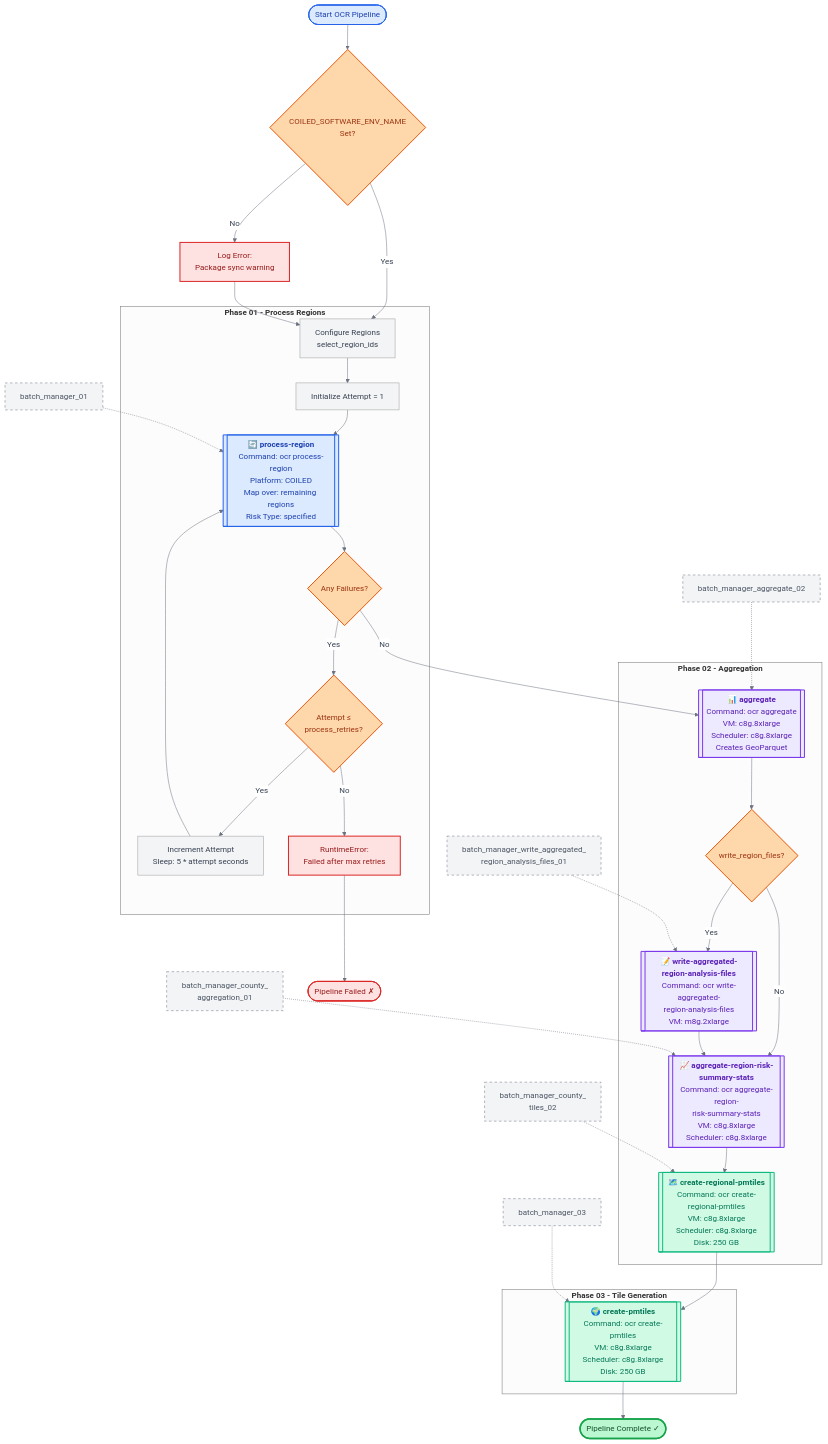
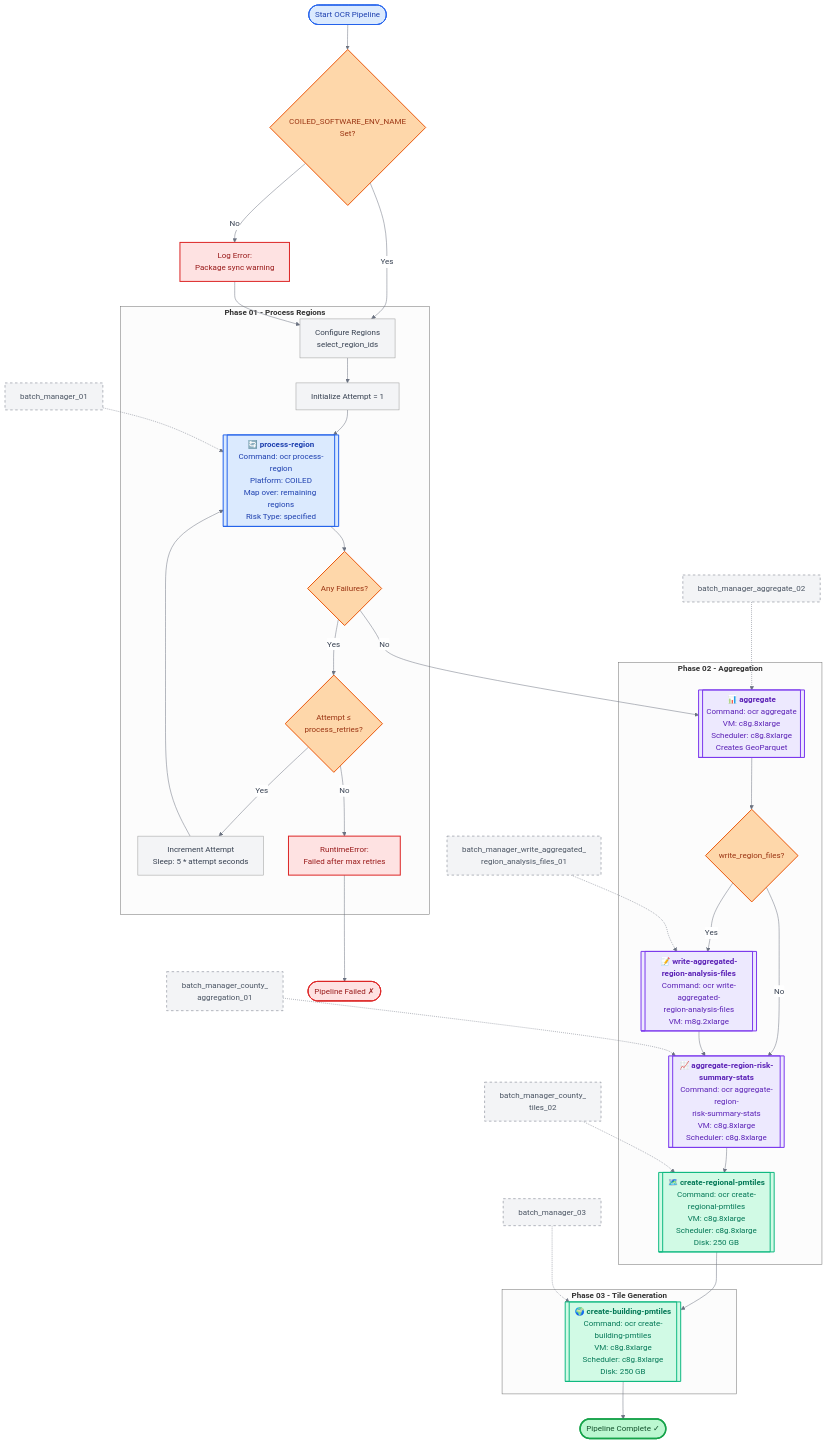
Before and after one commit to carbonplan/ocr: the first of 2 diagrams in docs/reference/deployment.md, drawn with Mermaid. The commit also changed other lines of this file and 2 other files, not shown here.

First line of the commit message:
Use create-building-pmtiles for tile generation (CLI + docs)

```diff
--- a/docs/reference/deployment.md
+++ b/docs/reference/deployment.md
@@ -75,7 +75,7 @@
 
     %% Section 03: Tiles Creation
     subgraph Section03["<b>Phase 03 - Tile Generation</b>"]
-        CreatePMTiles[["🌍 <b>create-pmtiles</b><br/>Command: ocr create-pmtiles<br/>VM: c8g.8xlarge<br/>Scheduler: c8g.8xlarge<br/>Disk: 250 GB"]]
+        CreatePMTiles[["🌍 <b>create-building-pmtiles</b><br/>Command: ocr create-building-pmtiles<br/>VM: c8g.8xlarge<br/>Scheduler: c8g.8xlarge<br/>Disk: 250 GB"]]
         RegionalPMTiles --> CreatePMTiles
     end
 
```
